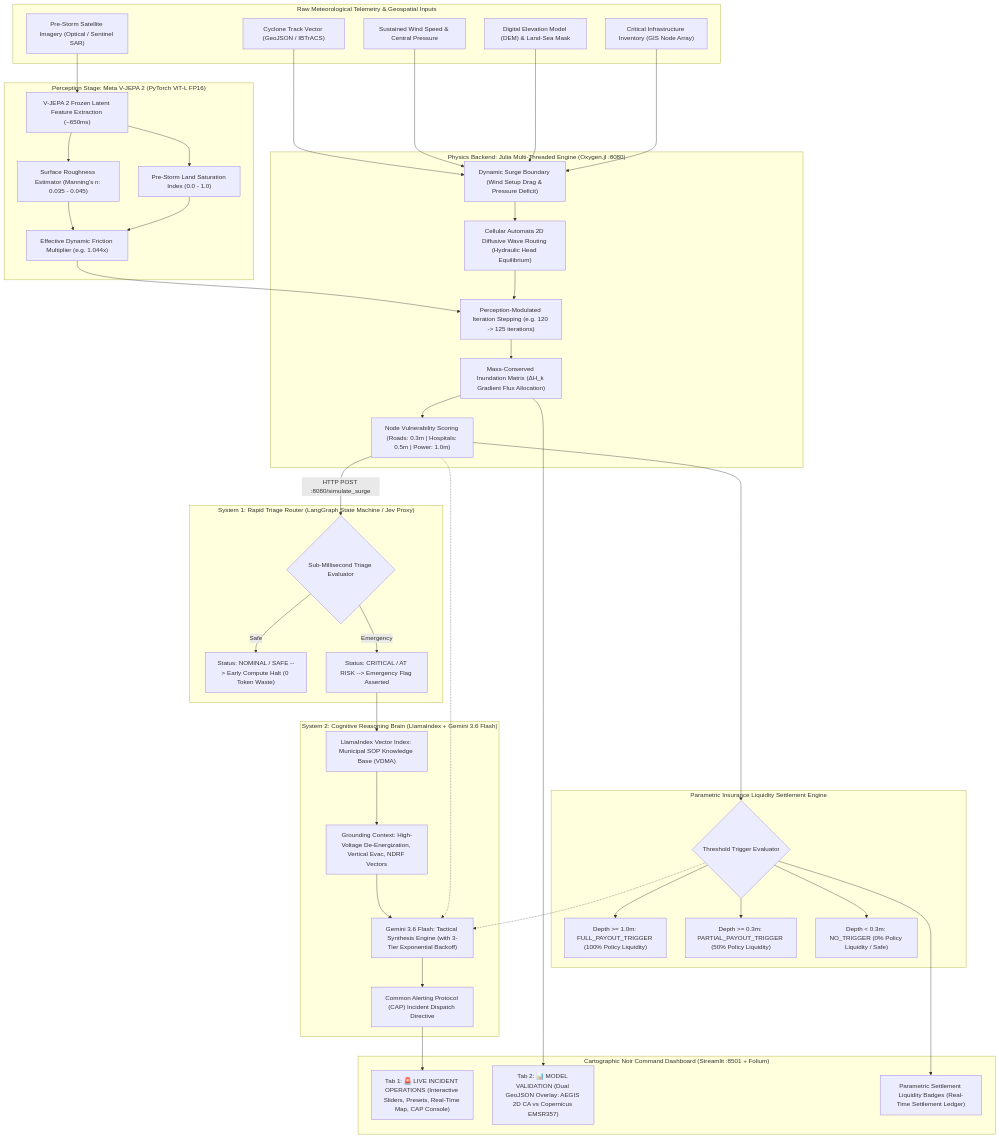
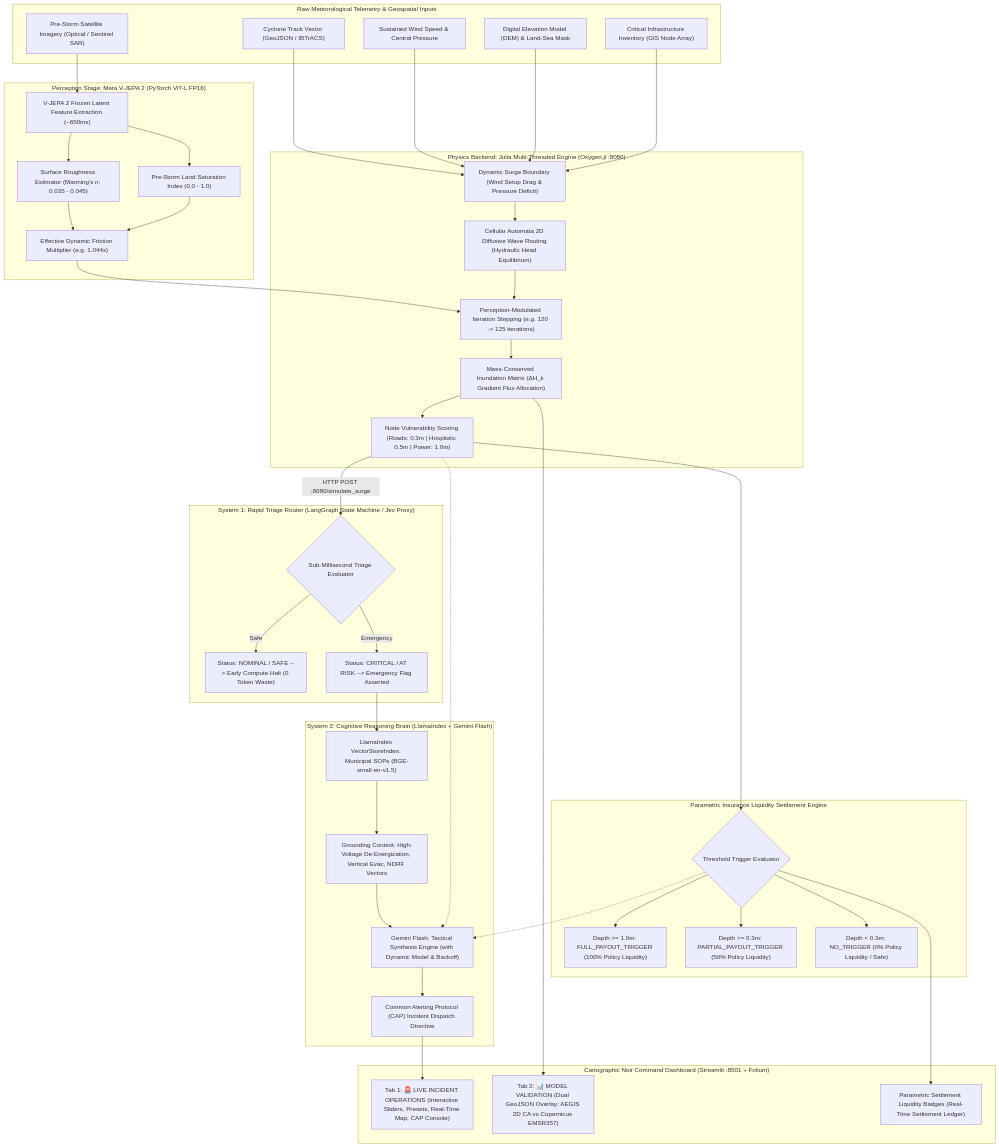
One commit to opensourcecodedesigner/cyclone changed the diagram in README.md. Above: the diagram before and after it, drawn with Mermaid. The commit also changed other lines of this file, not shown here.

Commit message:
docs: update README with verified LlamaIndex RAG pipeline, dynamic Gemini model, and multi-asset audit ledger

````diff
--- a/README.md
+++ b/README.md
@@ -43,69 +43,69 @@
 ```mermaid
 flowchart TD
     subgraph SATELLITE_GEOJSON ["Raw Meteorological Telemetry & Geospatial Inputs"]
         A1["Cyclone Track Vector (GeoJSON / IBTrACS)"]
         A2["Sustained Wind Speed & Central Pressure"]
         A3["Digital Elevation Model (DEM) & Land-Sea Mask"]
         A4["Pre-Storm Satellite Imagery (Optical / Sentinel SAR)"]
         A5["Critical Infrastructure Inventory (GIS Node Array)"]
     end
 
     subgraph PERCEPTION ["Perception Stage: Meta V-JEPA 2 (PyTorch ViT-L FP16)"]
         V1["V-JEPA 2 Frozen Latent Feature Extraction (~650ms)"]
         V2["Surface Roughness Estimator (Manning's n: 0.035 - 0.045)"]
         V3["Pre-Storm Land Saturation Index (0.0 - 1.0)"]
         V4["Effective Dynamic Friction Multiplier (e.g. 1.044x)"]
     end
 
     subgraph ENGINE_JULIA ["Physics Backend: Julia Multi-Threaded Engine (Oxygen.jl :8080)"]
         B1["Dynamic Surge Boundary (Wind Setup Drag & Pressure Deficit)"]
         B2["Cellular Automata 2D Diffusive Wave Routing (Hydraulic Head Equilibrium)"]
         B3["Perception-Modulated Iteration Stepping (e.g. 120 -> 125 iterations)"]
         B4["Mass-Conserved Inundation Matrix (ΔH_k Gradient Flux Allocation)"]
         B5["Node Vulnerability Scoring (Roads: 0.3m | Hospitals: 0.5m | Power: 1.0m)"]
     end
 
     subgraph INSURANCE ["Parametric Insurance Liquidity Settlement Engine"]
         INS1{"Threshold Trigger Evaluator"}
         INS2["Depth >= 1.0m: FULL_PAYOUT_TRIGGER (100% Policy Liquidity)"]
         INS3["Depth >= 0.3m: PARTIAL_PAYOUT_TRIGGER (50% Policy Liquidity)"]
         INS4["Depth < 0.3m: NO_TRIGGER (0% Policy Liquidity / Safe)"]
     end
 
     subgraph SYSTEM_1 ["System 1: Rapid Triage Router (LangGraph State Machine / Jev Proxy)"]
         C1{"Sub-Millisecond Triage Evaluator"}
         C2["Status: NOMINAL / SAFE --> Early Compute Halt (0 Token Waste)"]
         C3["Status: CRITICAL / AT RISK --> Emergency Flag Asserted"]
     end
 
-    subgraph SYSTEM_2 ["System 2: Cognitive Reasoning Brain (LlamaIndex + Gemini 3.6 Flash)"]
-        D1["LlamaIndex Vector Index: Municipal SOP Knowledge Base (VDMA)"]
+    subgraph SYSTEM_2 ["System 2: Cognitive Reasoning Brain (LlamaIndex + Gemini Flash)"]
+        D1["LlamaIndex VectorStoreIndex: Municipal SOPs (BGE-small-en-v1.5)"]
         D2["Grounding Context: High-Voltage De-Energization, Vertical Evac, NDRF Vectors"]
-        D3["Gemini 3.6 Flash: Tactical Synthesis Engine (with 3-Tier Exponential Backoff)"]
+        D3["Gemini Flash: Tactical Synthesis Engine (with Dynamic Model & Backoff)"]
         D4["Common Alerting Protocol (CAP) Incident Dispatch Directive"]
     end
 
     subgraph CONSOLE ["Cartographic Noir Command Dashboard (Streamlit :8501 + Folium)"]
         E1["Tab 1: 🚨 LIVE INCIDENT OPERATIONS (Interactive Sliders, Presets, Real-Time Map, CAP Console)"]
         E2["Tab 2: 📊 MODEL VALIDATION (Dual GeoJSON Overlay: AEGIS 2D CA vs Copernicus EMSR357)"]
         E3["Parametric Settlement Liquidity Badges (Real-Time Settlement Ledger)"]
     end
 
     A4 --> V1 --> V2 & V3 --> V4
     A1 & A2 & A3 & A5 --> B1
     V4 --> B3
     B1 --> B2 --> B3 --> B4 --> B5
     B5 --> INS1
     INS1 --> INS2 & INS3 & INS4
     B5 -- "HTTP POST :8080/simulate_surge" --> C1
     C1 -- "Safe" --> C2
     C1 -- "Emergency" --> C3
     C3 --> D1
     D1 --> D2 --> D3
     B5 -.-> D3
     INS1 -.-> D3
     D3 --> D4
     D4 --> E1
     INS1 --> E3
     B4 --> E2
 ```
````
